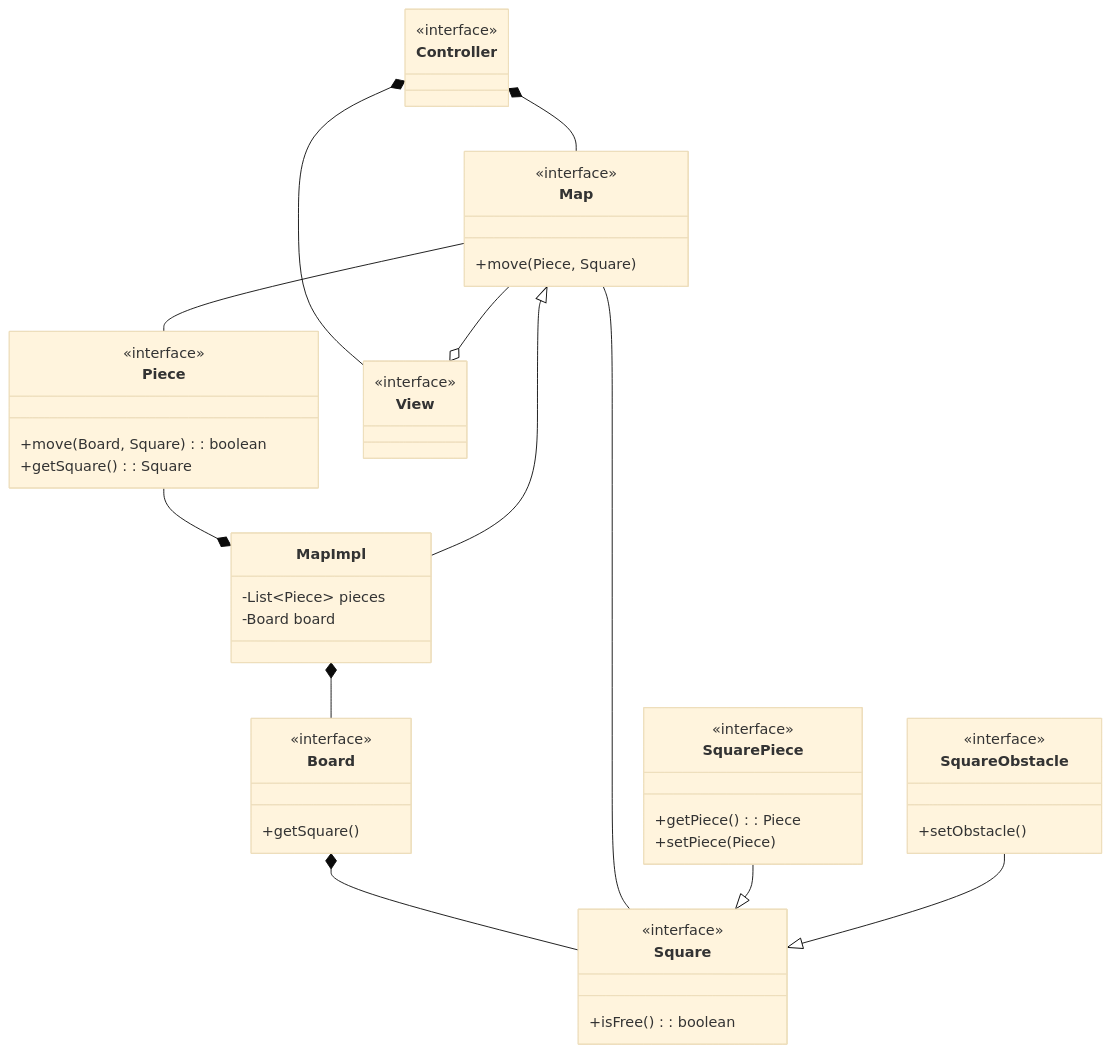
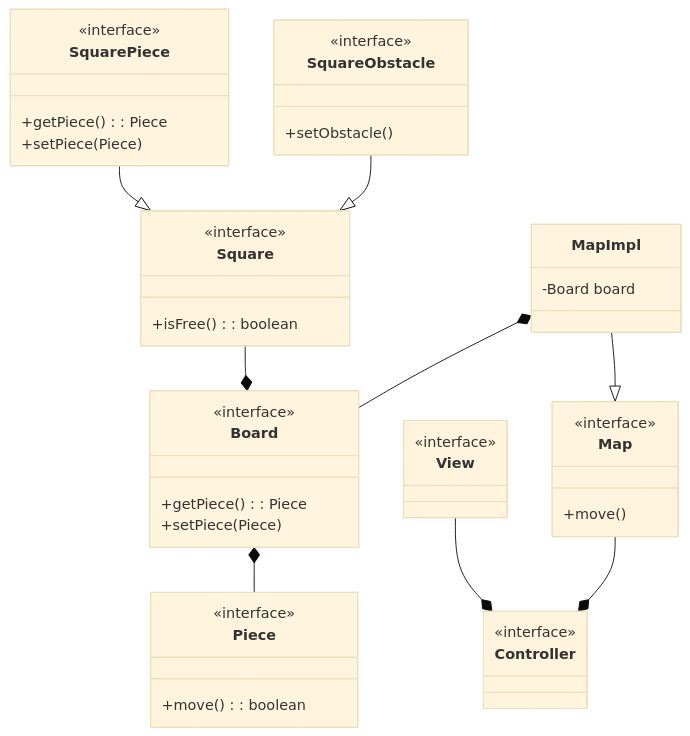
The second of 4 diagrams in README.md (alessandroArrighi/pss23-24-ChessGravity-Arrighi), drawn with Mermaid (base theme) before and after one commit. The commit also changed other lines of this file, not shown here.

Commit message:
Update architecture diagram

````diff
--- a/README.md
+++ b/README.md
@@ -89,58 +88,54 @@
 ```mermaid
 classDiagram
 
 class Map {
-    +move(Piece, Square)
+    +move()
 }
 <<interface>> Map
 
 class MapImpl {
-    -List~Piece~ pieces
     -Board board
 }
 
 class Piece {
-    +move(Board, Square): boolean
-    +getSquare(): Square
+    +move(): boolean
 }
 <<interface>> Piece
 
 class Board {
-    +getSquare()
+    +getPiece(): Piece
+    +setPiece(Piece)
 }
 <<interface>> Board
 
 class Square {
     +isFree(): boolean
 }
 <<interface>> Square
 
 class SquareObstacle {
     +setObstacle()
 }
 <<interface>> SquareObstacle
 
 class SquarePiece {
     +getPiece(): Piece
     +setPiece(Piece)
 }
 <<interface>> SquarePiece
 
 class Controller
 <<interface>> Controller
 
 class View
 <<interface>> View
 
+Board *-- Piece
+Square --* Board
 MapImpl --|> Map
+SquarePiece --|> Square
 MapImpl *-- Board
-Board *-- Square
-Map -- Piece
-Map -- Square
-Piece --* MapImpl
-SquarePiece --|> Square
 SquareObstacle --|> Square
-Controller *-- View
-Controller *-- Map
-Map --o View
+View --* Controller
+Map --* Controller
 ```
````
